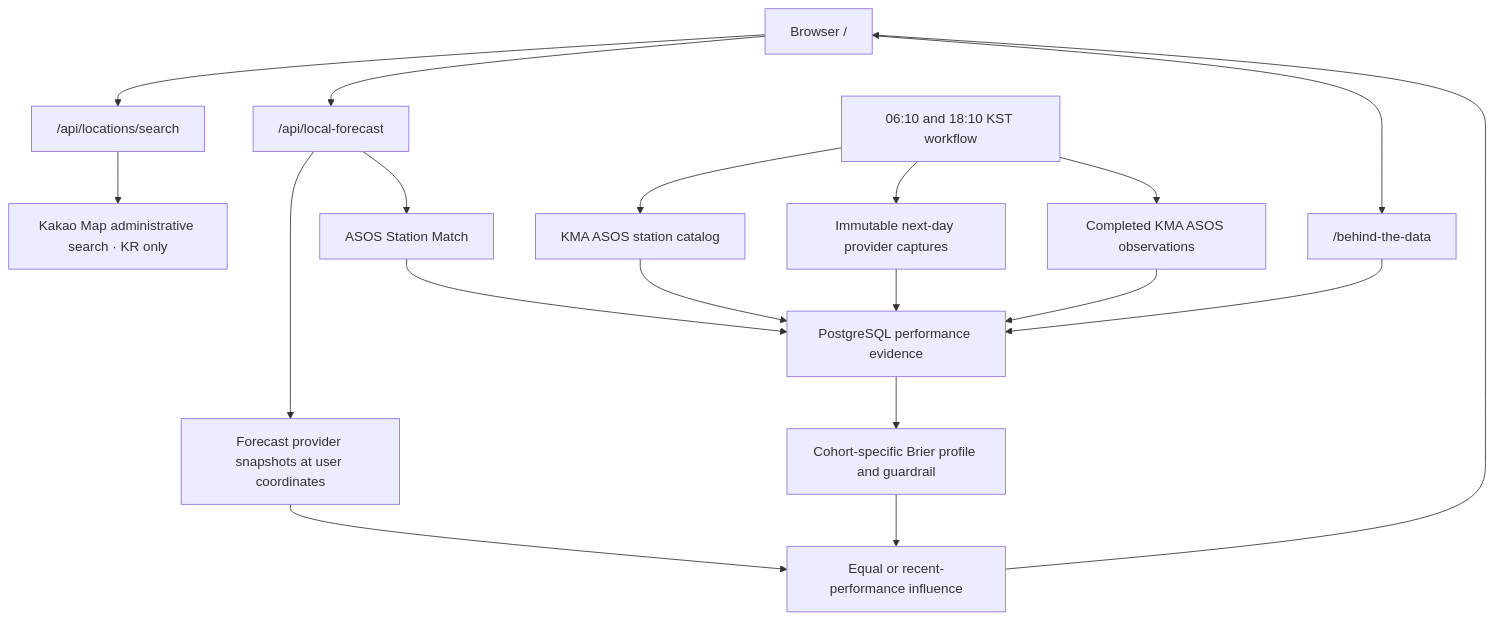
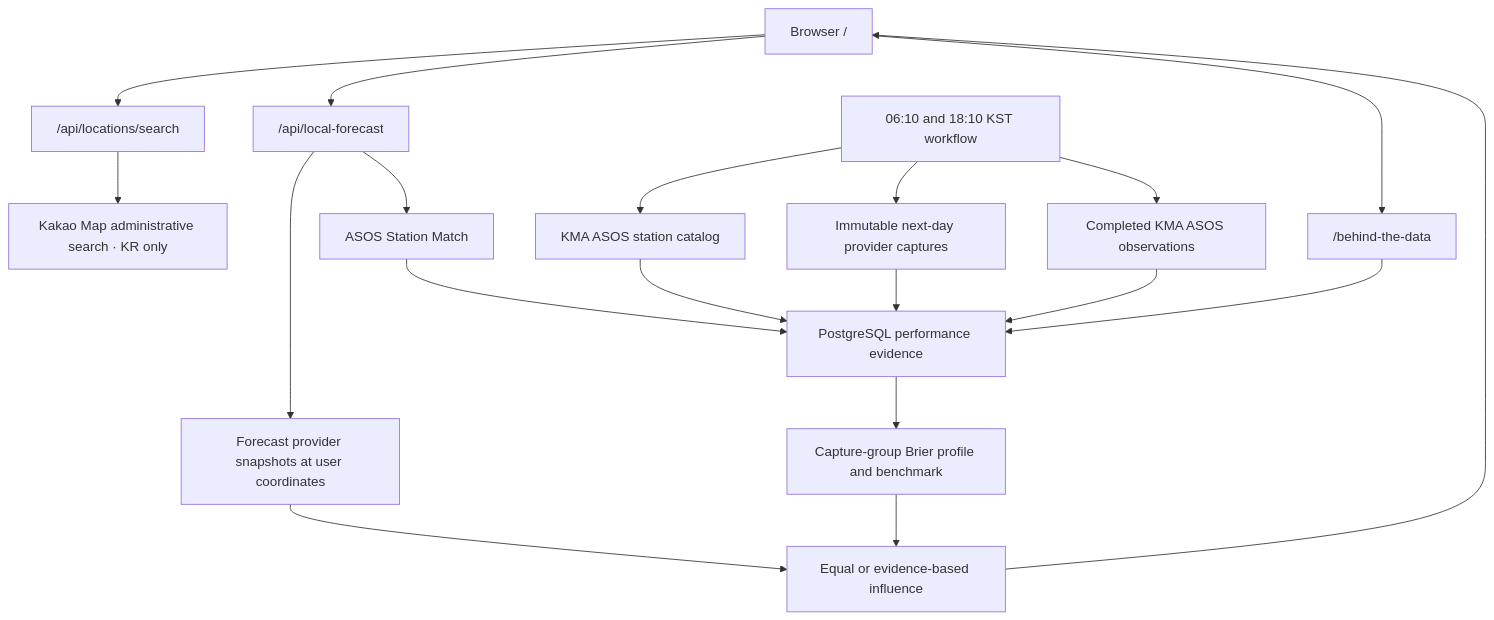
The diagram in README.md (mhju0/raintoday), drawn with Mermaid before and after one commit. The commit also changed other lines of this file and 20 other files, not shown here.

````diff
--- a/README.md
+++ b/README.md
@@ -108,22 +99,21 @@
 ```mermaid
 flowchart TB
   Browser["Browser /"] --> Search["/api/locations/search"]
   Browser --> Local["/api/local-forecast"]
   Browser --> Behind["/behind-the-data"]
   Behind --> Database
   Search --> Geocoding["Kakao Map administrative search · KR only"]
   Local --> Providers["Forecast provider snapshots at user coordinates"]
   Local --> Match["ASOS Station Match"]
   Match --> Database["PostgreSQL performance evidence"]
-  Providers --> Blend["Equal or recent-performance influence"]
-  Database --> Profile["Cohort-specific Brier profile and guardrail"]
+  Providers --> Blend["Equal or evidence-based influence"]
+  Database --> Profile["Capture-group Brier profile and benchmark"]
   Profile --> Blend
   Blend --> Browser
-
   Schedule["06:10 and 18:10 KST workflow"] --> Catalog["KMA ASOS station catalog"]
   Schedule --> Captures["Immutable next-day provider captures"]
   Schedule --> Observations["Completed KMA ASOS observations"]
   Catalog --> Database
   Captures --> Database
   Observations --> Database
 ```
````
